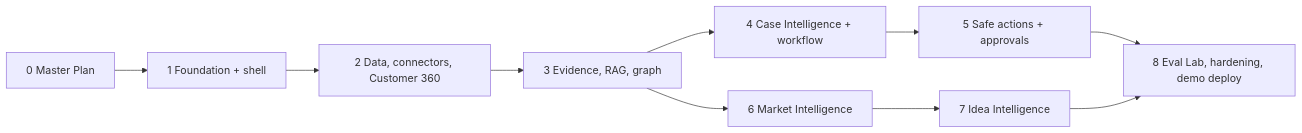
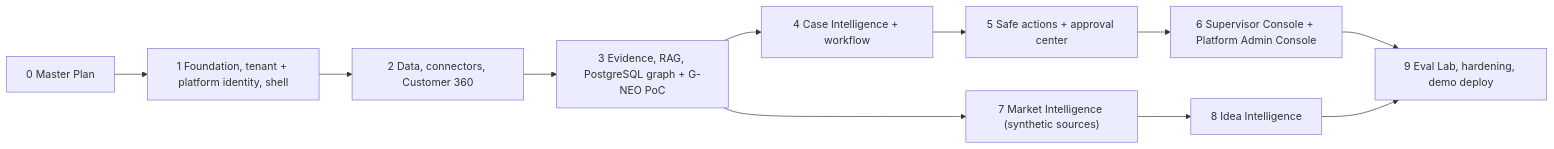
The eighth of 8 diagrams in docs/planning/MASTER_PLAN.md (moamedmer68-commits/Servio), drawn with Mermaid before and after one commit. The commit also changed other lines of this file and 1 other file, not shown here.

Commit message:
docs: update constitution and master plan

````diff
--- a/docs/planning/MASTER_PLAN.md
+++ b/docs/planning/MASTER_PLAN.md
@@ -1511,12 +2306,13 @@
 ```mermaid
 flowchart LR
-    P0["0 Master Plan"] --> P1["1 Foundation + shell"]
+    P0["0 Master Plan"] --> P1["1 Foundation, tenant + platform identity, shell"]
     P1 --> P2["2 Data, connectors, Customer 360"]
-    P2 --> P3["3 Evidence, RAG, graph"]
+    P2 --> P3["3 Evidence, RAG, PostgreSQL graph + G-NEO PoC"]
     P3 --> P4["4 Case Intelligence + workflow"]
-    P4 --> P5["5 Safe actions + approvals"]
-    P3 --> P6["6 Market Intelligence"]
-    P6 --> P7["7 Idea Intelligence"]
-    P5 --> P8["8 Eval Lab, hardening, demo deploy"]
-    P7 --> P8
+    P4 --> P5["5 Safe actions + approval center"]
+    P5 --> P6["6 Supervisor Console + Platform Admin Console"]
+    P3 --> P7["7 Market Intelligence (synthetic sources)"]
+    P7 --> P8["8 Idea Intelligence"]
+    P6 --> P9["9 Eval Lab, hardening, demo deploy"]
+    P8 --> P9
 ```
````
